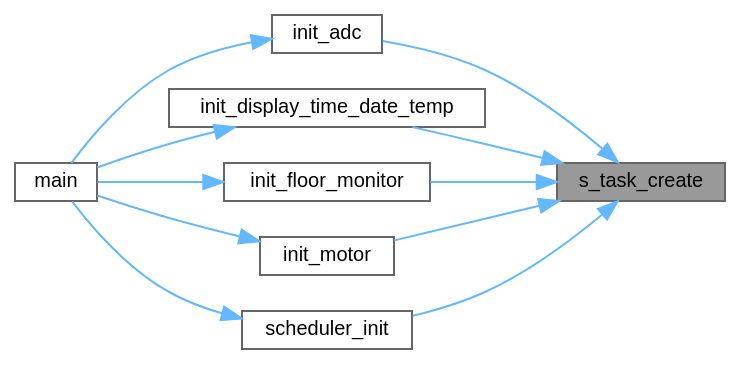
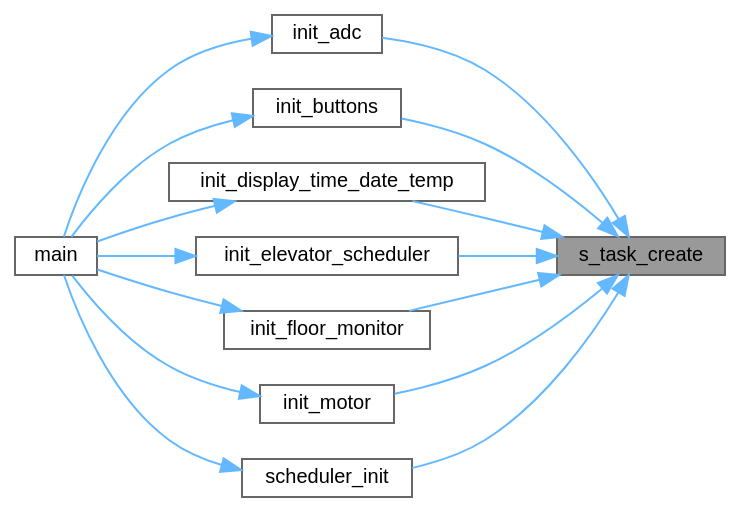
One commit to Ghaadyy/elevator-controller changed the diagram in dev/scheduler_8h_ab8c9106630c7dc22c6835c80e01e956b_icgraph.dot. Above: the diagram before and after it, drawn with Graphviz. The commit also changed 228 other files, not shown here.

```diff
--- a/dev/scheduler_8h_ab8c9106630c7dc22c6835c80e01e956b_icgraph.dot
+++ b/dev/scheduler_8h_ab8c9106630c7dc22c6835c80e01e956b_icgraph.dot
@@ -1,25 +1,31 @@
 digraph "s_task_create"
 {
  // LATEX_PDF_SIZE
   bgcolor="transparent";
   edge [fontname=Helvetica,fontsize=10,labelfontname=Helvetica,labelfontsize=10];
   node [fontname=Helvetica,fontsize=10,shape=box,height=0.2,width=0.4];
   rankdir="RL";
   Node1 [id="Node000001",label="s_task_create",height=0.2,width=0.4,color="gray40", fillcolor="grey60", style="filled", fontcolor="black",tooltip=" "];
   Node1 -> Node2 [id="edge1_Node000001_Node000002",dir="back",color="steelblue1",style="solid",tooltip=" "];
   Node2 [id="Node000002",label="init_adc",height=0.2,width=0.4,color="grey40", fillcolor="white", style="filled",URL="$adc_8c.html#a3d7b3a08f92c17af6f1729e423a8e138",tooltip=" "];
   Node2 -> Node3 [id="edge2_Node000002_Node000003",dir="back",color="steelblue1",style="solid",tooltip=" "];
   Node3 [id="Node000003",label="main",height=0.2,width=0.4,color="grey40", fillcolor="white", style="filled",URL="$main_8c.html#acdef7a1fd863a6d3770c1268cb06add3",tooltip=" "];
   Node1 -> Node4 [id="edge3_Node000001_Node000004",dir="back",color="steelblue1",style="solid",tooltip=" "];
-  Node4 [id="Node000004",label="init_display_time_date_temp",height=0.2,width=0.4,color="grey40", fillcolor="white", style="filled",URL="$display__time__date__temp_8c.html#a08d88c70d567692f6f4900a3842eda5a",tooltip="Initialize and start the task."];
+  Node4 [id="Node000004",label="init_buttons",height=0.2,width=0.4,color="grey40", fillcolor="white", style="filled",URL="$buttons_8c.html#acd6080922091377a7034cf7f71d5484d",tooltip="Initializes a task that listens for button presses and trigger actions upon pressing."];
   Node4 -> Node3 [id="edge4_Node000004_Node000003",dir="back",color="steelblue1",style="solid",tooltip=" "];
   Node1 -> Node5 [id="edge5_Node000001_Node000005",dir="back",color="steelblue1",style="solid",tooltip=" "];
-  Node5 [id="Node000005",label="init_floor_monitor",height=0.2,width=0.4,color="grey40", fillcolor="white", style="filled",URL="$floor_8c.html#af2aa45cd3f888a21f47b3d4ae6c5bb30",tooltip="Initializes a task that monitors the floor state."];
+  Node5 [id="Node000005",label="init_display_time_date_temp",height=0.2,width=0.4,color="grey40", fillcolor="white", style="filled",URL="$display__time__date__temp_8c.html#a08d88c70d567692f6f4900a3842eda5a",tooltip="Initialize and start the task."];
   Node5 -> Node3 [id="edge6_Node000005_Node000003",dir="back",color="steelblue1",style="solid",tooltip=" "];
   Node1 -> Node6 [id="edge7_Node000001_Node000006",dir="back",color="steelblue1",style="solid",tooltip=" "];
-  Node6 [id="Node000006",label="init_motor",height=0.2,width=0.4,color="grey40", fillcolor="white", style="filled",URL="$motor_8c.html#a10f8eee1390e28e414927e87161afb6d",tooltip="Initializes the motor task but does not activate it initially."];
+  Node6 [id="Node000006",label="init_elevator_scheduler",height=0.2,width=0.4,color="grey40", fillcolor="white", style="filled",URL="$elevator_8c.html#afc3c9c97ecd69cf34a393f9261efc0af",tooltip="Initializes the elevator scheduler's task."];
   Node6 -> Node3 [id="edge8_Node000006_Node000003",dir="back",color="steelblue1",style="solid",tooltip=" "];
   Node1 -> Node7 [id="edge9_Node000001_Node000007",dir="back",color="steelblue1",style="solid",tooltip=" "];
-  Node7 [id="Node000007",label="scheduler_init",height=0.2,width=0.4,color="grey40", fillcolor="white", style="filled",URL="$scheduler_8c.html#a9e691eab2c26becb246e80421cfdd571",tooltip=" "];
+  Node7 [id="Node000007",label="init_floor_monitor",height=0.2,width=0.4,color="grey40", fillcolor="white", style="filled",URL="$floor_8c.html#af2aa45cd3f888a21f47b3d4ae6c5bb30",tooltip="Initializes a task that monitors the floor state."];
   Node7 -> Node3 [id="edge10_Node000007_Node000003",dir="back",color="steelblue1",style="solid",tooltip=" "];
+  Node1 -> Node8 [id="edge11_Node000001_Node000008",dir="back",color="steelblue1",style="solid",tooltip=" "];
+  Node8 [id="Node000008",label="init_motor",height=0.2,width=0.4,color="grey40", fillcolor="white", style="filled",URL="$motor_8c.html#a10f8eee1390e28e414927e87161afb6d",tooltip="Initializes the motor task but does not activate it initially."];
+  Node8 -> Node3 [id="edge12_Node000008_Node000003",dir="back",color="steelblue1",style="solid",tooltip=" "];
+  Node1 -> Node9 [id="edge13_Node000001_Node000009",dir="back",color="steelblue1",style="solid",tooltip=" "];
+  Node9 [id="Node000009",label="scheduler_init",height=0.2,width=0.4,color="grey40", fillcolor="white", style="filled",URL="$scheduler_8c.html#a9e691eab2c26becb246e80421cfdd571",tooltip=" "];
+  Node9 -> Node3 [id="edge14_Node000009_Node000003",dir="back",color="steelblue1",style="solid",tooltip=" "];
 }
```
